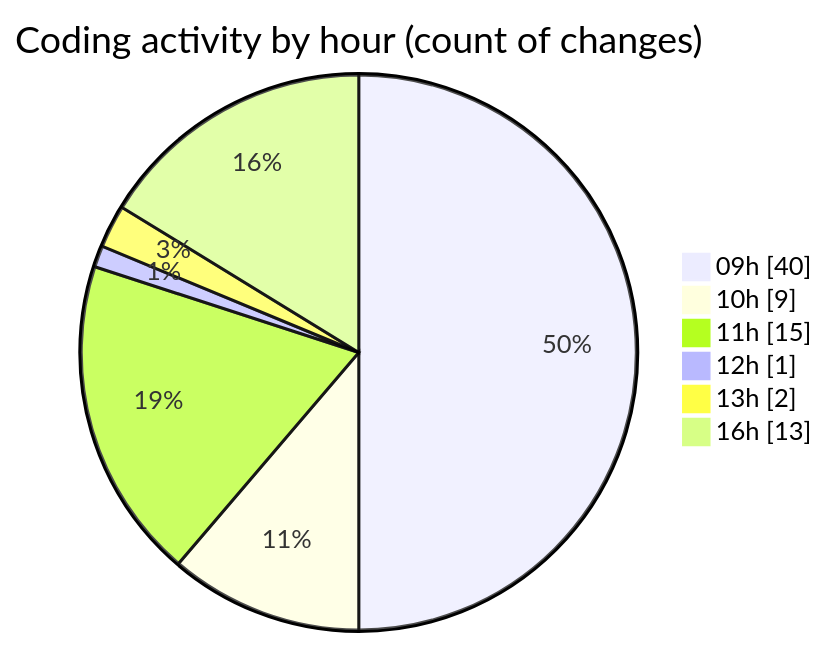
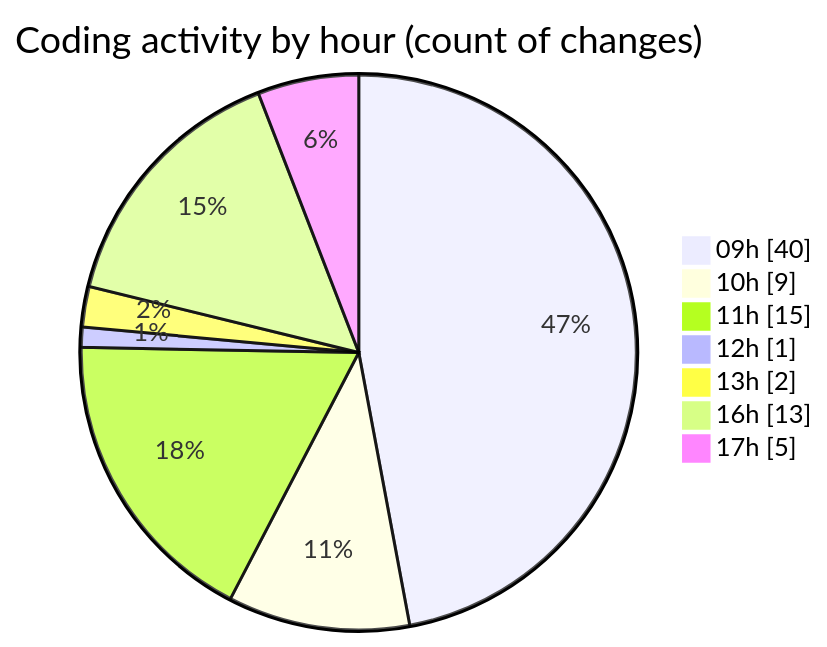
The second of 2 diagrams in 2026-06-15/cda/README.md (momahboobian/code-tracking), drawn with Mermaid before and after one commit. The commit also changed other lines of this file and 1 other file, not shown here.

````diff
--- a/2026-06-15/cda/README.md
+++ b/2026-06-15/cda/README.md
@@ -75,10 +76,11 @@
 ```mermaid
 pie showData
 title Coding activity by hour (count of changes)
 "09h" : 40
 "10h" : 9
 "11h" : 15
 "12h" : 1
 "13h" : 2
 "16h" : 13
+"17h" : 5
 ```
````
